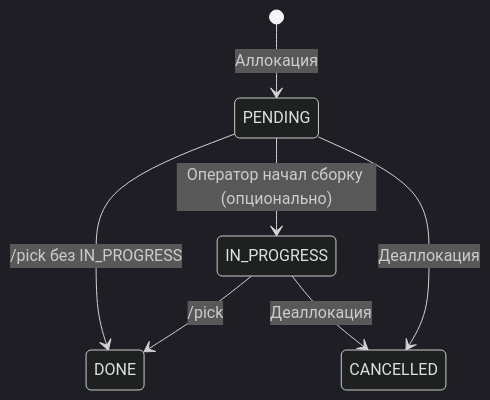
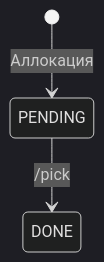
The fourth of 6 diagrams in docs/flows/assembly-flow.md (oglenyaboss/avalanche-wms), drawn with Mermaid (dark theme) before and after one commit. The commit also changed other lines of this file and 4 other files, not shown here.

````diff
--- a/docs/flows/assembly-flow.md
+++ b/docs/flows/assembly-flow.md
@@ -141,9 +141,5 @@
 ```mermaid
 stateDiagram-v2
     [*] --> PENDING : Аллокация
-    PENDING --> IN_PROGRESS : Оператор начал сборку (опционально)
-    IN_PROGRESS --> DONE : /pick
-    PENDING --> DONE : /pick без IN_PROGRESS
-    PENDING --> CANCELLED : Деаллокация
-    IN_PROGRESS --> CANCELLED : Деаллокация
+    PENDING --> DONE : /pick
 ```
````
